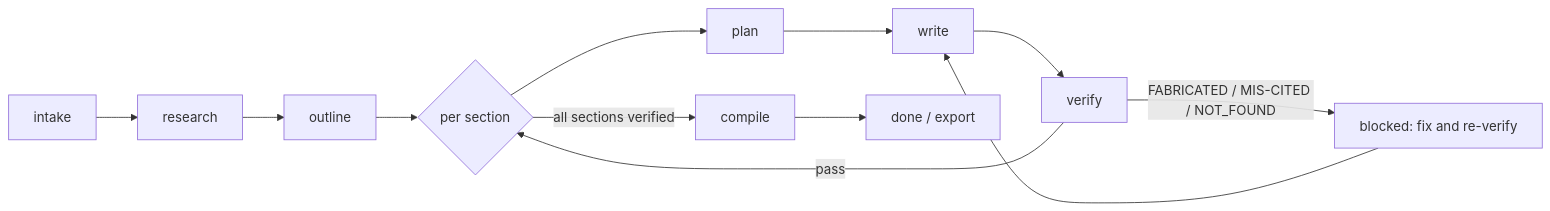
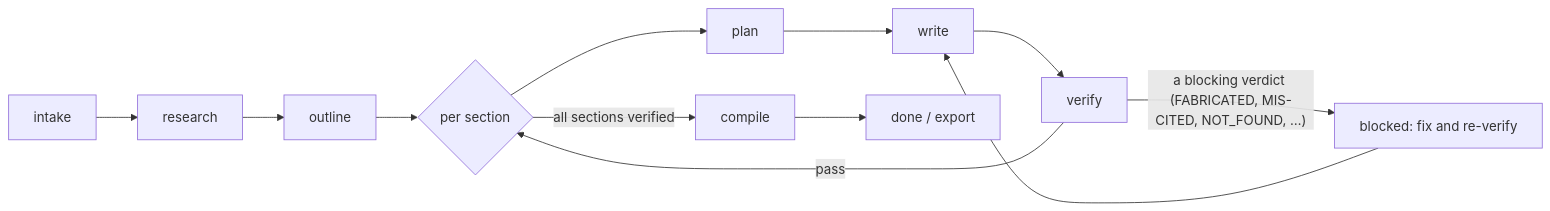
Before and after one commit to ZeusCraft10/pensmith: the diagram in README.md, drawn with Mermaid. The commit also changed other lines of this file and 9 other files, not shown here.

````diff
--- a/README.md
+++ b/README.md
@@ -45,14 +45,14 @@
 ```mermaid
 flowchart LR
     A[intake] --> B[research]
     B --> C[outline]
     C --> D{per section}
     D --> P[plan]
     P --> W[write]
     W --> V[verify]
     V -->|pass| D
-    V -->|"FABRICATED / MIS-CITED / NOT_FOUND"| X[blocked: fix and re-verify]
+    V -->|"a blocking verdict (FABRICATED, MIS-CITED, NOT_FOUND, …)"| X[blocked: fix and re-verify]
     X --> W
     D -->|all sections verified| E[compile]
     E --> F[done / export]
 ```
````
